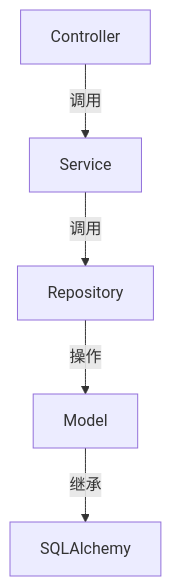
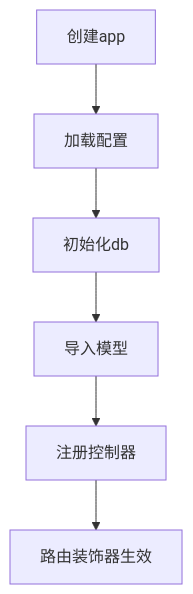
The diagram in 个人网站搭建.md (flaming-bird1/FireBird-TechVision), drawn with Mermaid before and after one commit. The commit also changed other lines of this file and 7 other files, not shown here.

````diff
--- a/个人网站搭建.md
+++ b/个人网站搭建.md
@@ -159,7 +167,8 @@
   ```mermaid
   graph TD
-      A[Controller] -->|调用| B[Service]
-      B -->|调用| C[Repository]
-      C -->|操作| D[Model]
-      D -->|继承| E[SQLAlchemy]
+      A[创建app] --> B[加载配置]
+      B --> C[初始化db]
+      C --> D[导入模型]
+      D --> E[注册控制器]
+      E --> F[路由装饰器生效]
   ```
````
